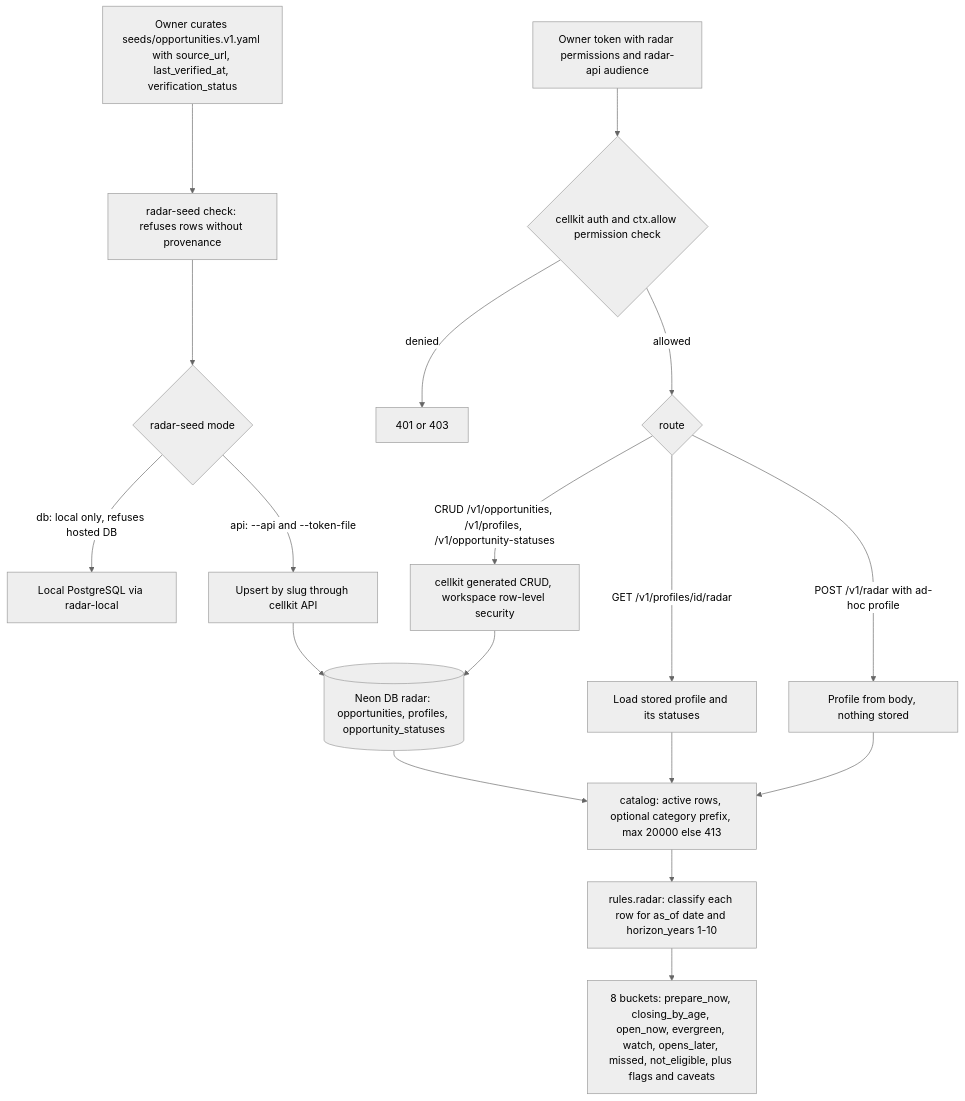
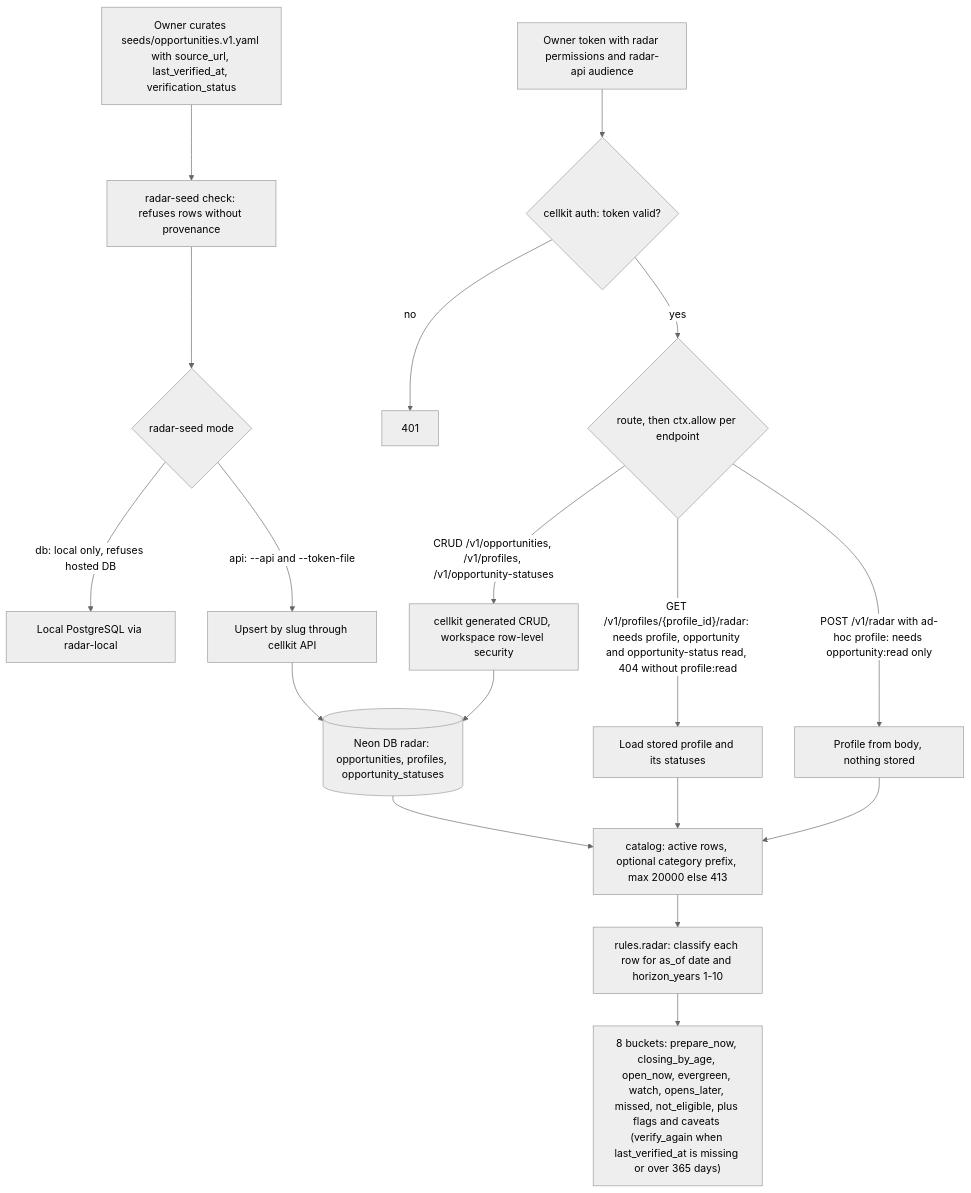
The first of 2 diagrams in docs/diagrams/01-business-process.md (bookchaowalit/life-radar), drawn with Mermaid (neutral theme) before and after one commit. The commit also changed other lines of this file, not shown here.

Commit message:
docs: correct As-Is/To-Be facts from review (01-business-process)

````diff
--- a/docs/diagrams/01-business-process.md
+++ b/docs/diagrams/01-business-process.md
@@ -9,20 +9,20 @@
 ```mermaid
 flowchart TD
   CURATE["Owner curates seeds/opportunities.v1.yaml with source_url, last_verified_at, verification_status"] --> CHECK["radar-seed check: refuses rows without provenance"]
   CHECK --> LOADMODE{"radar-seed mode"}
   LOADMODE -->|"db: local only, refuses hosted DB"| LOCALDB["Local PostgreSQL via radar-local"]
   LOADMODE -->|"api: --api and --token-file"| UPSERT["Upsert by slug through cellkit API"]
-  CALLER["Owner token with radar permissions and radar-api audience"] --> AUTH{"cellkit auth and ctx.allow permission check"}
-  AUTH -->|denied| DENY["401 or 403"]
-  AUTH -->|allowed| ROUTES{"route"}
+  CALLER["Owner token with radar permissions and radar-api audience"] --> AUTH{"cellkit auth: token valid?"}
+  AUTH -->|no| DENY["401"]
+  AUTH -->|yes| ROUTES{"route, then ctx.allow per endpoint"}
   ROUTES -->|"CRUD /v1/opportunities, /v1/profiles, /v1/opportunity-statuses"| CRUD["cellkit generated CRUD, workspace row-level security"]
-  ROUTES -->|"GET /v1/profiles/id/radar"| STORED["Load stored profile and its statuses"]
-  ROUTES -->|"POST /v1/radar with ad-hoc profile"| ADHOC["Profile from body, nothing stored"]
+  ROUTES -->|"GET /v1/profiles/{profile_id}/radar: needs profile, opportunity and opportunity-status read, 404 without profile:read"| STORED["Load stored profile and its statuses"]
+  ROUTES -->|"POST /v1/radar with ad-hoc profile: needs opportunity:read only"| ADHOC["Profile from body, nothing stored"]
   UPSERT --> DB[("Neon DB radar: opportunities, profiles, opportunity_statuses")]
   CRUD --> DB
   STORED --> CATALOG["catalog: active rows, optional category prefix, max 20000 else 413"]
   ADHOC --> CATALOG
   DB --> CATALOG
   CATALOG --> RULES["rules.radar: classify each row for as_of date and horizon_years 1-10"]
-  RULES --> BUCKETS["8 buckets: prepare_now, closing_by_age, open_now, evergreen, watch, opens_later, missed, not_eligible, plus flags and caveats"]
+  RULES --> BUCKETS["8 buckets: prepare_now, closing_by_age, open_now, evergreen, watch, opens_later, missed, not_eligible, plus flags and caveats (verify_again when last_verified_at is missing or over 365 days)"]
 ```
````
